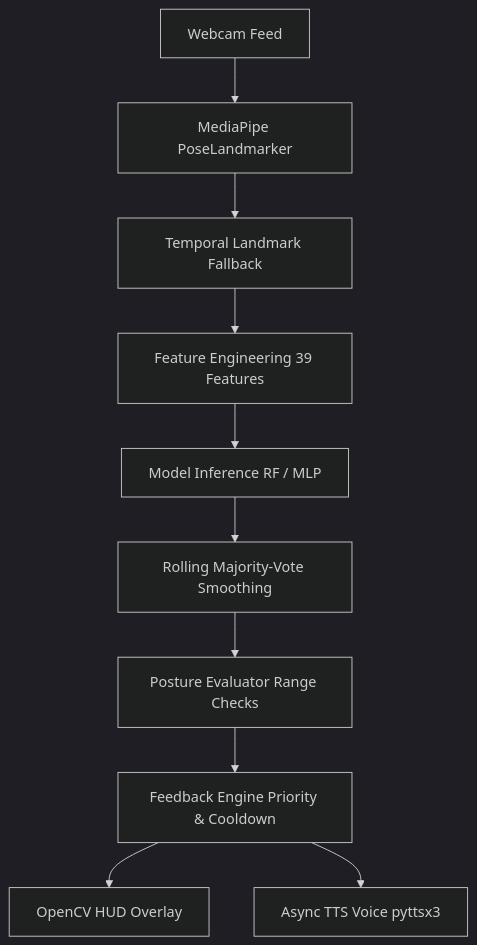
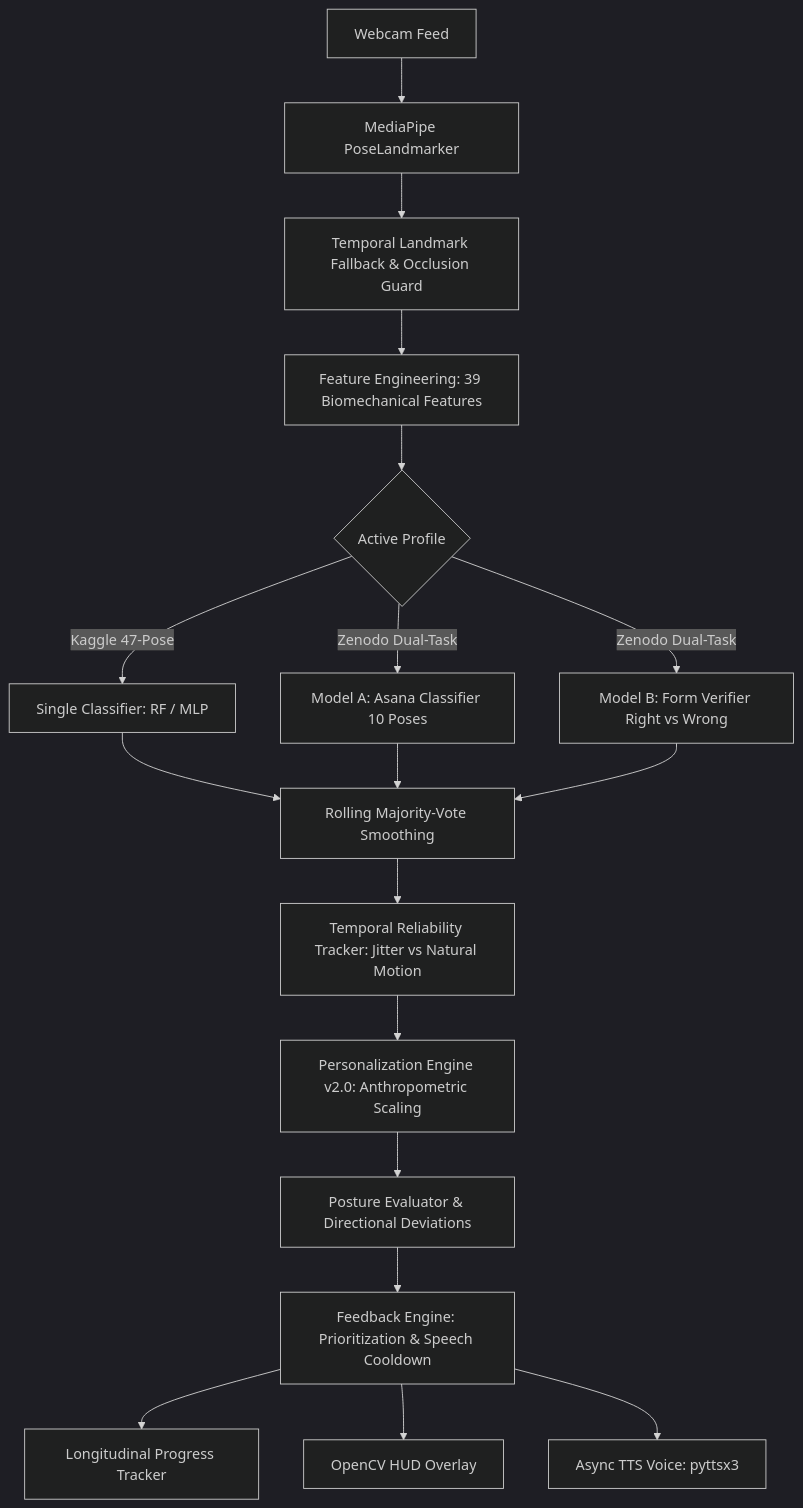
The diagram in README.md (anshu-0132/yogmitra), drawn with Mermaid (dark theme) before and after one commit. The commit also changed other lines of this file and 47 other files, not shown here.

````diff
--- a/README.md
+++ b/README.md
@@ -9,12 +9,20 @@
 ```mermaid
 graph TD
     A[Webcam Feed] --> B[MediaPipe PoseLandmarker]
-    B --> C[Temporal Landmark Fallback]
-    C --> D[Feature Engineering 39 Features]
-    D --> E[Model Inference RF / MLP]
-    E --> F[Rolling Majority-Vote Smoothing]
-    F --> G[Posture Evaluator Range Checks]
-    G --> H[Feedback Engine Priority & Cooldown]
-    H --> I[OpenCV HUD Overlay]
-    H --> J[Async TTS Voice pyttsx3]
+    B --> C[Temporal Landmark Fallback & Occlusion Guard]
+    C --> D[Feature Engineering: 39 Biomechanical Features]
+    D --> E{Active Profile}
+    E -->|Kaggle 47-Pose| F1[Single Classifier: RF / MLP]
+    E -->|Zenodo Dual-Task| F2[Model A: Asana Classifier 10 Poses]
+    E -->|Zenodo Dual-Task| F3[Model B: Form Verifier Right vs Wrong]
+    F1 --> G[Rolling Majority-Vote Smoothing]
+    F2 --> G
+    F3 --> G
+    G --> H[Temporal Reliability Tracker: Jitter vs Natural Motion]
+    H --> I[Personalization Engine v2.0: Anthropometric Scaling]
+    I --> J[Posture Evaluator & Directional Deviations]
+    J --> K[Feedback Engine: Prioritization & Speech Cooldown]
+    K --> L[Longitudinal Progress Tracker]
+    K --> M[OpenCV HUD Overlay]
+    K --> N[Async TTS Voice: pyttsx3]
 ```
````
